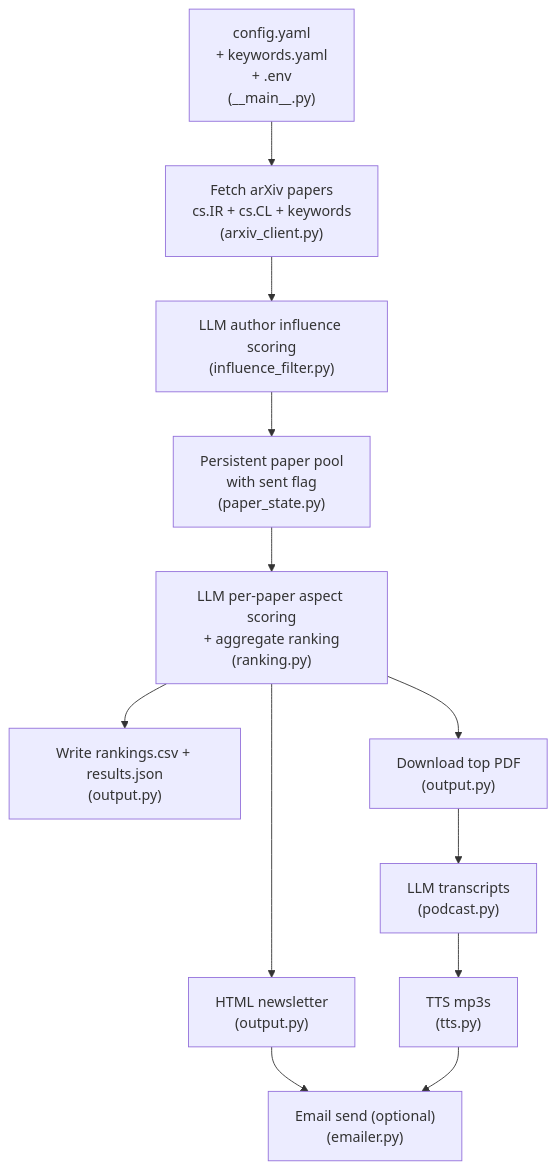
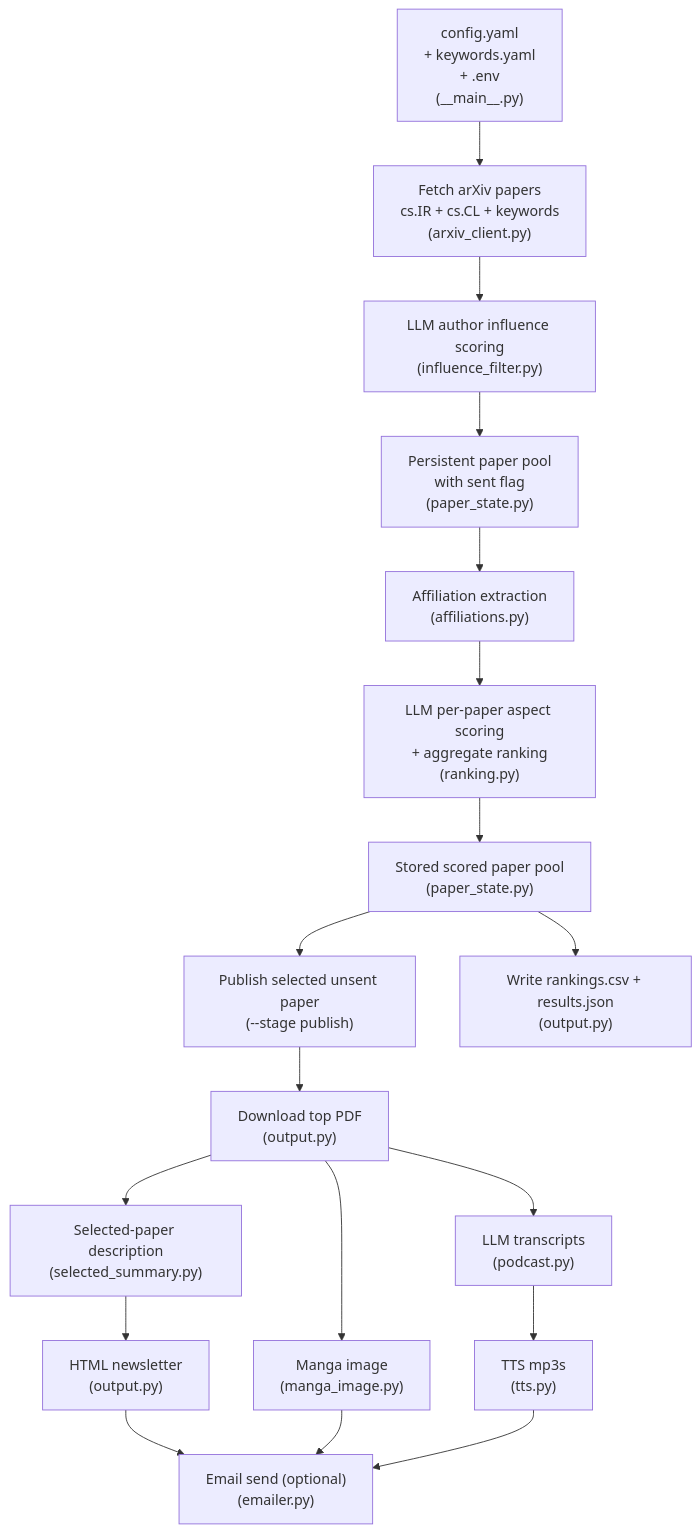
The diagram in README.md (hideaki-j/arxiv-daily-podcast), drawn with Mermaid before and after one commit. The commit also changed other lines of this file and 8 other files, not shown here.

First line of the commit message:
Refactor pipeline to introduce author influence scoring and enhance newsletter statistics

````diff
--- a/README.md
+++ b/README.md
@@ -63,14 +80,20 @@
 ```mermaid
 flowchart TD
   A["config.yaml<br>+ keywords.yaml<br>+ .env<br/>(__main__.py)"] --> B["Fetch arXiv papers<br/>cs.IR + cs.CL + keywords<br/>(arxiv_client.py)"]
   B --> C["LLM author influence scoring<br/>(influence_filter.py)"]
   C --> D["Persistent paper pool<br/>with sent flag<br/>(paper_state.py)"]
-  D --> E["LLM per-paper aspect scoring<br/>+ aggregate ranking<br/>(ranking.py)"]
-  E --> F["Write rankings.csv + results.json<br/>(output.py)"]
-  E --> G["Download top PDF<br/>(output.py)"]
+  D --> A1["Affiliation extraction<br/>(affiliations.py)"]
+  A1 --> E["LLM per-paper aspect scoring<br/>+ aggregate ranking<br/>(ranking.py)"]
+  E --> S1["Stored scored paper pool<br/>(paper_state.py)"]
+  S1 --> P["Publish selected unsent paper<br/>(--stage publish)"]
+  S1 --> F["Write rankings.csv + results.json<br/>(output.py)"]
+  P --> G["Download top PDF<br/>(output.py)"]
+  G --> L["Selected-paper description<br/>(selected_summary.py)"]
+  G --> M["Manga image<br/>(manga_image.py)"]
   G --> H["LLM transcripts<br/>(podcast.py)"]
   H --> I["TTS mp3s<br/>(tts.py)"]
-  E --> J["HTML newsletter<br/>(output.py)"]
+  L --> J["HTML newsletter<br/>(output.py)"]
   J --> K["Email send (optional)<br/>(emailer.py)"]
+  M --> K
   I --> K
 ```
````
